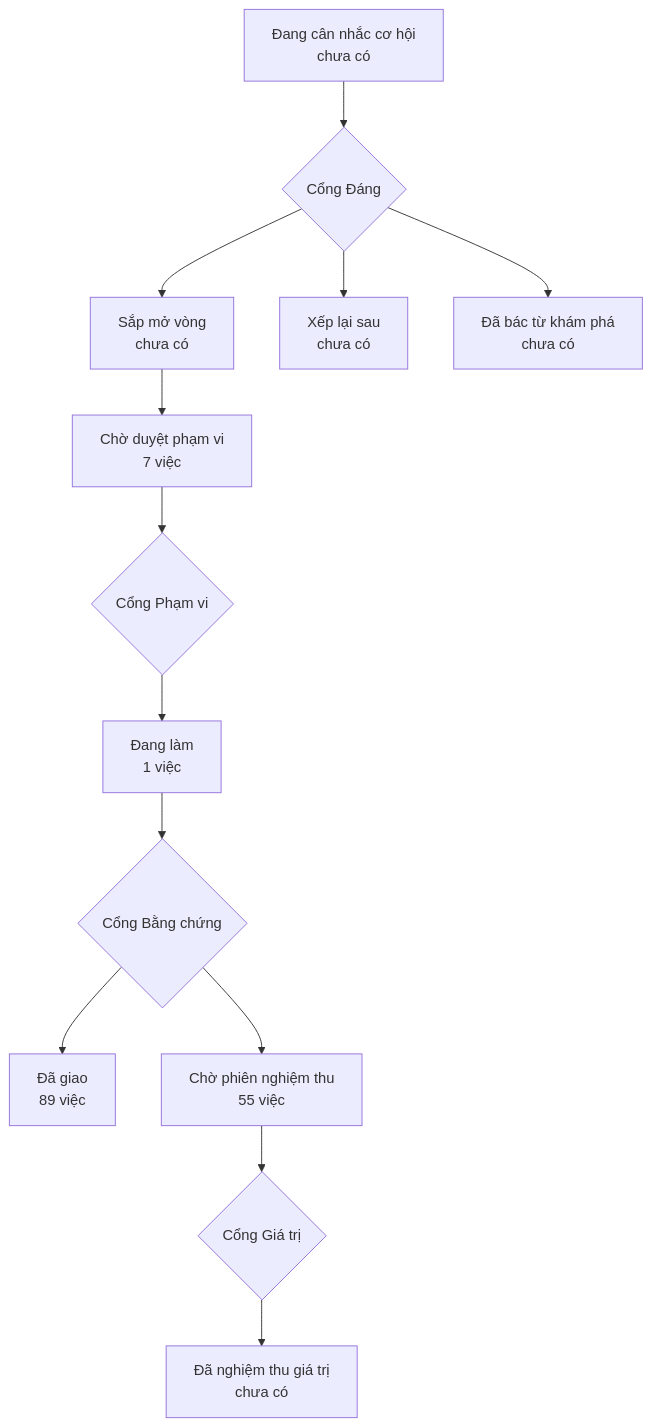
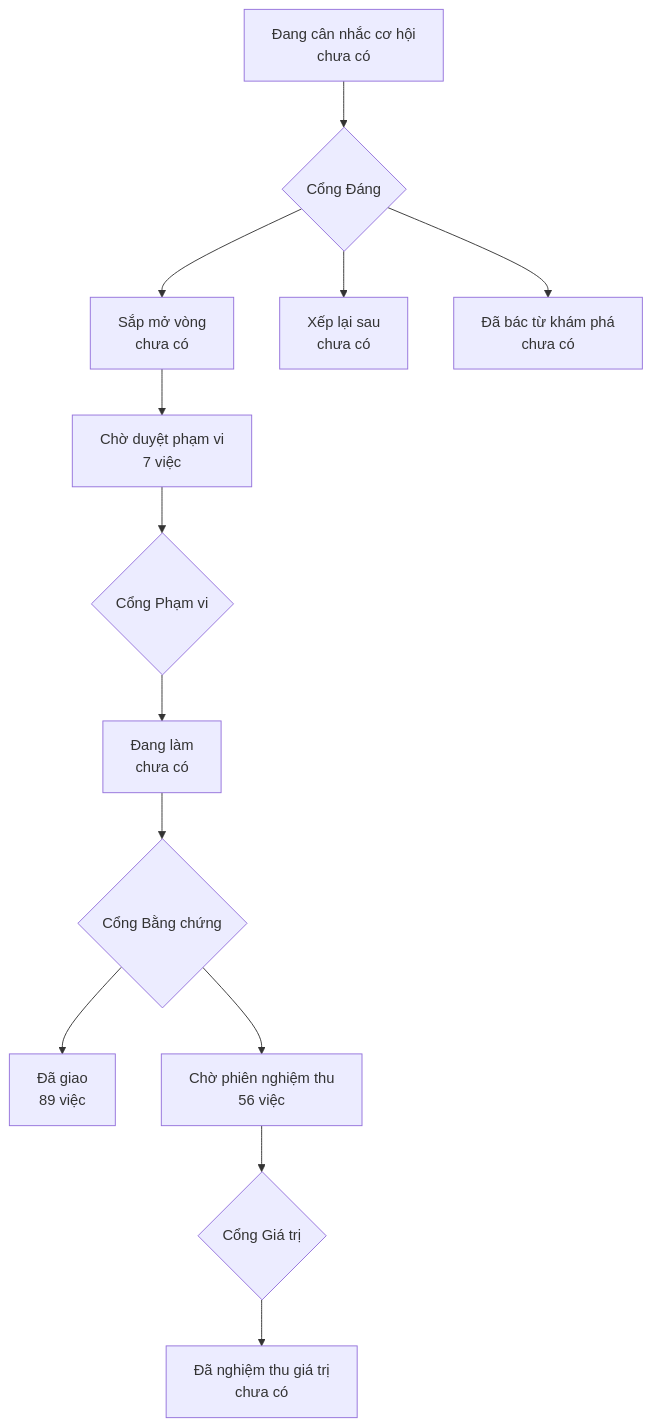
One commit to phanlemanh/onehub-invest changed the diagram in PRODUCT-MAP.md. Above: the diagram before and after it, drawn with Mermaid. The commit also changed other lines of this file and 4 other files, not shown here.

````diff
--- a/PRODUCT-MAP.md
+++ b/PRODUCT-MAP.md
@@ -7,12 +7,12 @@
 ```mermaid
 flowchart TD
   A["Đang cân nhắc cơ hội<br/>chưa có"] --> GD{"Cổng Đáng"}
   GD --> B["Sắp mở vòng<br/>chưa có"]
   GD --> XL["Xếp lại sau<br/>chưa có"]
   GD --> DB["Đã bác từ khám phá<br/>chưa có"]
   B --> CD["Chờ duyệt phạm vi<br/>7 việc"] --> GP{"Cổng Phạm vi"}
-  GP --> DL["Đang làm<br/>1 việc"] --> GB{"Cổng Bằng chứng"}
+  GP --> DL["Đang làm<br/>chưa có"] --> GB{"Cổng Bằng chứng"}
   GB --> DG["Đã giao<br/>89 việc"]
-  GB --> CN["Chờ phiên nghiệm thu<br/>55 việc"] --> GG{"Cổng Giá trị"}
+  GB --> CN["Chờ phiên nghiệm thu<br/>56 việc"] --> GG{"Cổng Giá trị"}
   GG --> NT["Đã nghiệm thu giá trị<br/>chưa có"]
 ```
````
